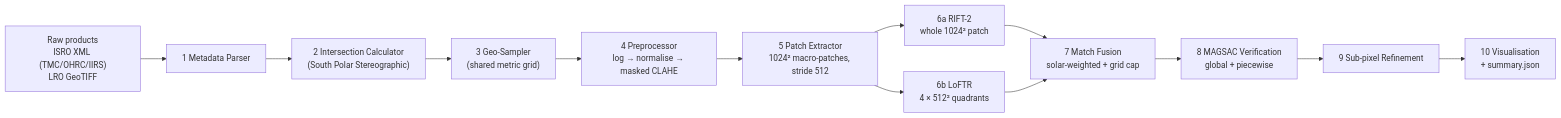
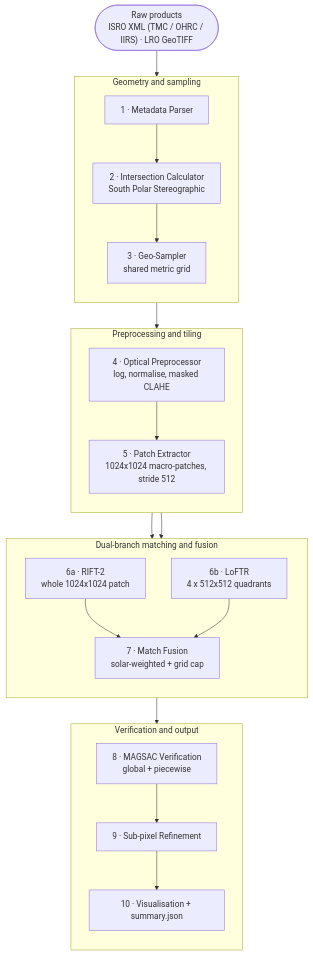
The diagram in README.md (gogoiprajesh-arch/SelenoMatch), drawn with Mermaid before and after one commit.

Commit message:
Revise system architecture diagram format
Updated system architecture diagram to use TD flowchart format and improved clarity.

````diff
--- a/README.md
+++ b/README.md
@@ -61,15 +61,36 @@
 ```mermaid
-flowchart LR
-    A["Raw products<br/>ISRO XML (TMC/OHRC/IIRS)<br/>LRO GeoTIFF"] --> B["1 Metadata Parser"]
-    B --> C["2 Intersection Calculator<br/>(South Polar Stereographic)"]
-    C --> D["3 Geo-Sampler<br/>(shared metric grid)"]
-    D --> E["4 Preprocessor<br/>log → normalise → masked CLAHE"]
-    E --> F["5 Patch Extractor<br/>1024² macro-patches, stride 512"]
-    F --> G1["6a RIFT-2<br/>whole 1024² patch"]
-    F --> G2["6b LoFTR<br/>4 × 512² quadrants"]
-    G1 --> H["7 Match Fusion<br/>solar-weighted + grid cap"]
-    G2 --> H
-    H --> I["8 MAGSAC Verification<br/>global + piecewise"]
-    I --> J["9 Sub-pixel Refinement"]
-    J --> K["10 Visualisation<br/>+ summary.json"]
+flowchart TD
+    IN(["Raw products<br/>ISRO XML (TMC / OHRC / IIRS) · LRO GeoTIFF"])
+
+    subgraph GEO ["Geometry and sampling"]
+        direction TB
+        S1["1 · Metadata Parser"] --> S2["2 · Intersection Calculator<br/>South Polar Stereographic"]
+        S2 --> S3["3 · Geo-Sampler<br/>shared metric grid"]
+    end
+
+    subgraph PRE ["Preprocessing and tiling"]
+        direction TB
+        S4["4 · Optical Preprocessor<br/>log, normalise, masked CLAHE"] --> S5["5 · Patch Extractor<br/>1024x1024 macro-patches, stride 512"]
+    end
+
+    subgraph MATCH ["Dual-branch matching and fusion"]
+        direction TB
+        S6A["6a · RIFT-2<br/>whole 1024x1024 patch"]
+        S6B["6b · LoFTR<br/>4 x 512x512 quadrants"]
+        S7["7 · Match Fusion<br/>solar-weighted + grid cap"]
+        S6A --> S7
+        S6B --> S7
+    end
+
+    subgraph VER ["Verification and output"]
+        direction TB
+        S8["8 · MAGSAC Verification<br/>global + piecewise"] --> S9["9 · Sub-pixel Refinement"]
+        S9 --> S10["10 · Visualisation + summary.json"]
+    end
+
+    IN --> S1
+    S3 --> S4
+    S5 --> S6A
+    S5 --> S6B
+    S7 --> S8
 ```
````
